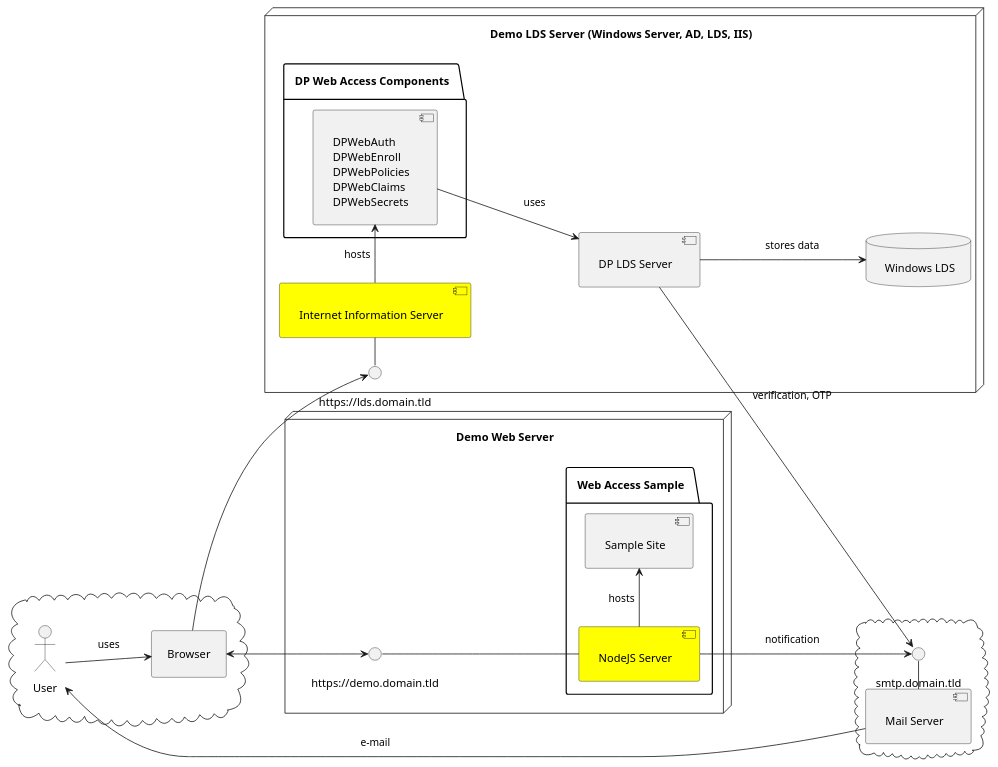
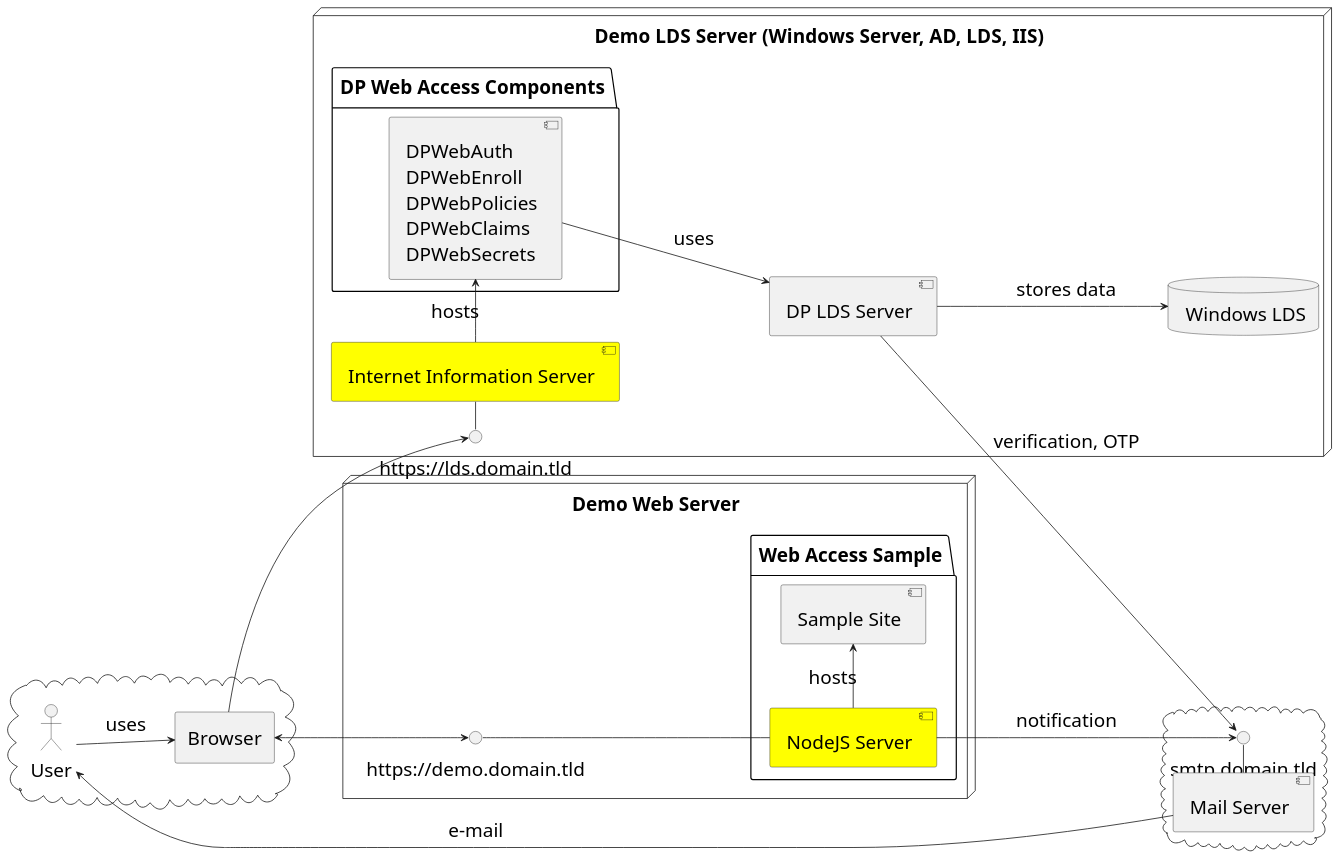
The diagram in docs/infrastructure.puml (truecolor1021/digitalpersona-sample-angularjs), drawn with PlantUML before and after one commit. The commit also changed 1 other file, not shown here.

Commit message:
* more readable diagram

```diff
--- a/docs/infrastructure.puml
+++ b/docs/infrastructure.puml
@@ -1,49 +1,52 @@
 @startuml
 
-skinparam componentStyle uml2
-skinparam padding 10
+skinparam ComponentStyle uml2
+skinparam defaultFontSize 24
+skinparam padding 6
+
+
 left to right direction
 
 cloud {
     actor User
     agent Browser
 }
 
 User --> Browser : uses
 
 node "Demo LDS Server (Windows Server, AD, LDS, IIS)" {
     interface "https://lds.domain.tld" as lds
     package "DP Web Access Components" {
         component "DPWebAuth\nDPWebEnroll\nDPWebPolicies\nDPWebClaims\nDPWebSecrets" as WAC
     }
     component "Internet Information Server" as IIS #yellow
     component "DP LDS Server" as DPHost
     database " Windows LDS" as LDS
     lds - IIS
     IIS -> WAC : hosts
     WAC --> DPHost : uses
     DPHost --> LDS : stores data
     [Browser] --> lds
 }
 
 node "Demo Web Server" {
     interface "https://demo.domain.tld" as demo
     package "Web Access Sample" {
         component "Sample Site" as Sample
         component "NodeJS Server" as DemoServer #Yellow
     }
     demo -- DemoServer
     DemoServer -> Sample : hosts
     Browser <--> demo
 }
 
 cloud {
     interface "smtp.domain.tld" as smtp
     smtp - [Mail Server]
     DPHost --> smtp : verification, OTP
     DemoServer --> smtp : notification
 }
 
 [Mail Server] --> User : e-mail
 
 @enduml
```
